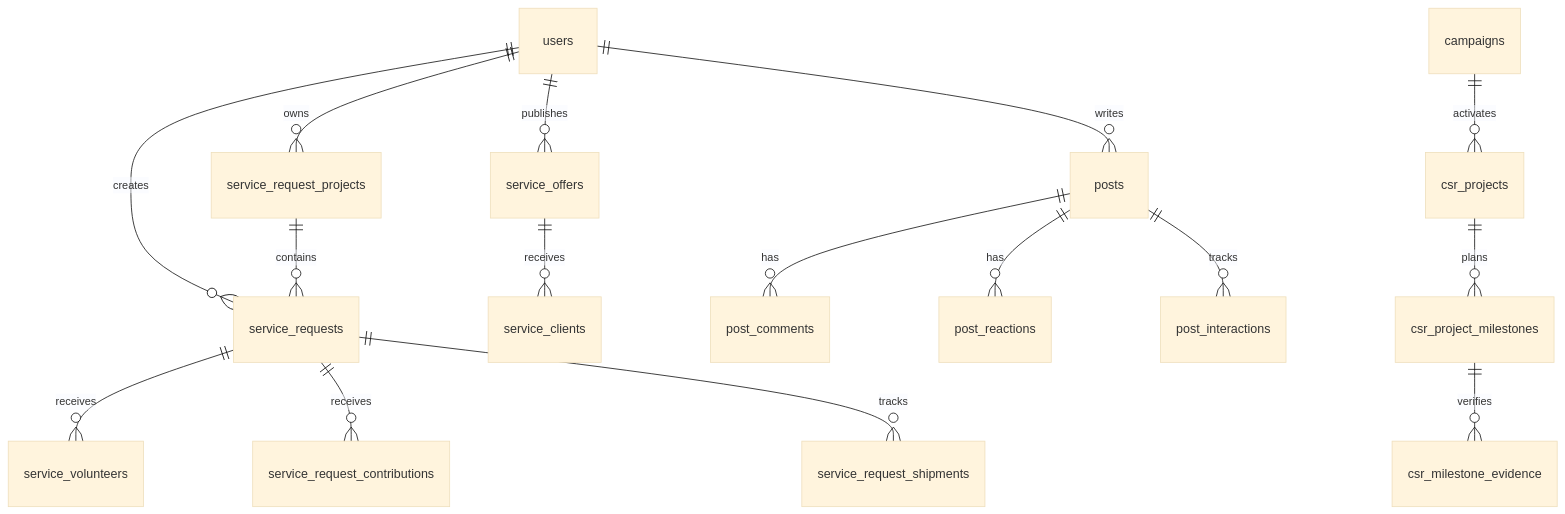
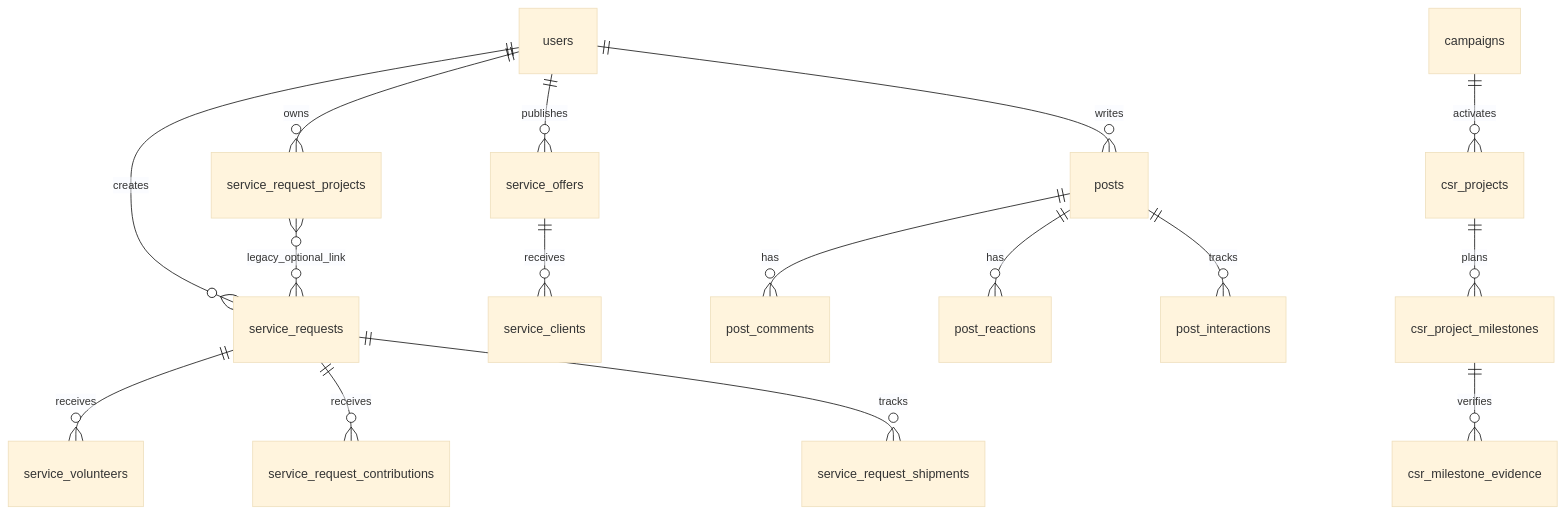
The diagram in docs/DATABASE_SCHEMA.md (navadrishti/navadrishti), drawn with Mermaid (base theme) before and after one commit. The commit also changed other lines of this file and 105 other files, not shown here.

````diff
--- a/docs/DATABASE_SCHEMA.md
+++ b/docs/DATABASE_SCHEMA.md
@@ -174,20 +175,20 @@
 ```mermaid
 erDiagram
     users ||--o{ service_request_projects : owns
     users ||--o{ service_requests : creates
-    service_request_projects ||--o{ service_requests : contains
+    service_request_projects }o--o{ service_requests : legacy_optional_link
     service_requests ||--o{ service_volunteers : receives
     service_requests ||--o{ service_request_contributions : receives
     service_requests ||--o{ service_request_shipments : tracks
     users ||--o{ service_offers : publishes
     service_offers ||--o{ service_clients : receives
 
     users ||--o{ posts : writes
     posts ||--o{ post_comments : has
     posts ||--o{ post_reactions : has
     posts ||--o{ post_interactions : tracks
 
     campaigns ||--o{ csr_projects : activates
     csr_projects ||--o{ csr_project_milestones : plans
     csr_project_milestones ||--o{ csr_milestone_evidence : verifies
 ```
````
